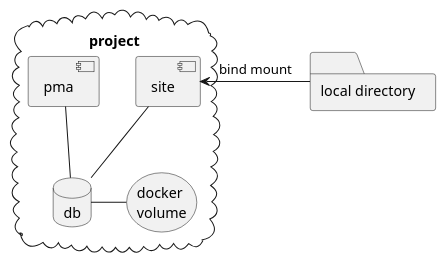
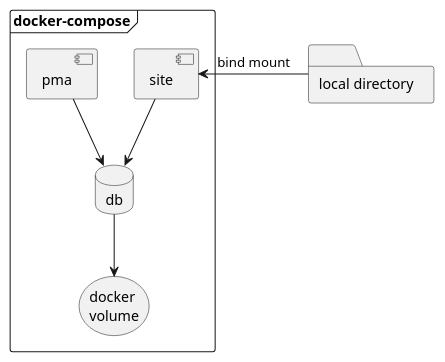
One commit to rolfkleef/rolfkleef.github.io changed the diagram in docs/software_development/modules/docker/pages/wordpress.adoc. Above: the diagram before and after it, drawn with PlantUML. The commit also changed other lines of this file and 2 other files, not shown here.

Commit message:
refactor: update deployment diagrams
Update diagrams and service descriptions for Antora, Ruby, Wordpress deployment

```diff
--- a/docs/software_development/modules/docker/pages/wordpress.adoc
+++ b/docs/software_development/modules/docker/pages/wordpress.adoc
@@ -14,14 +14,15 @@
 [plantuml]
 ----
-cloud project {
+frame docker-compose {
   component site
   component pma
   database db
   storage wpdb as "docker\nvolume"
-  site -- db
-  pma -- db
-  db - wpdb
+  site --> db
+  pma --> db
+  db --> wpdb
 }
+
 folder local as "local directory"
 site <- local: bind mount
 ----
```
